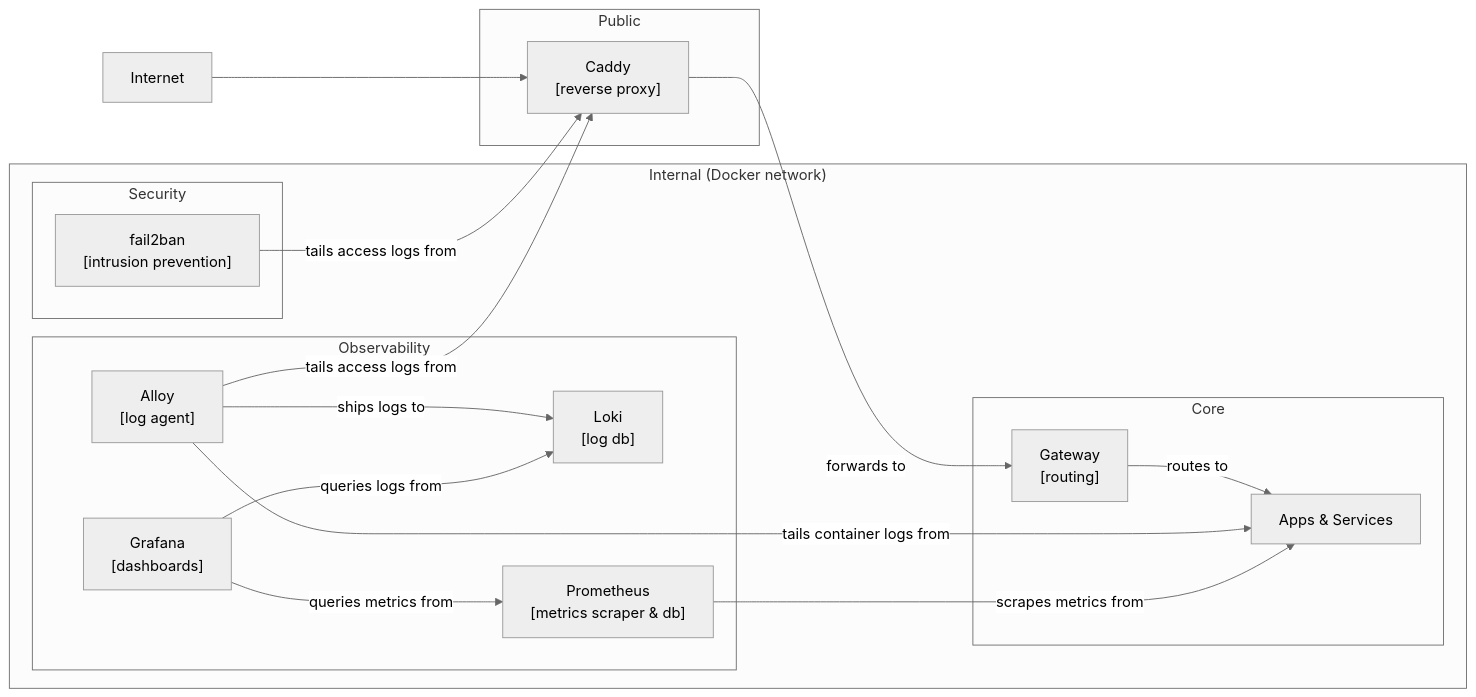
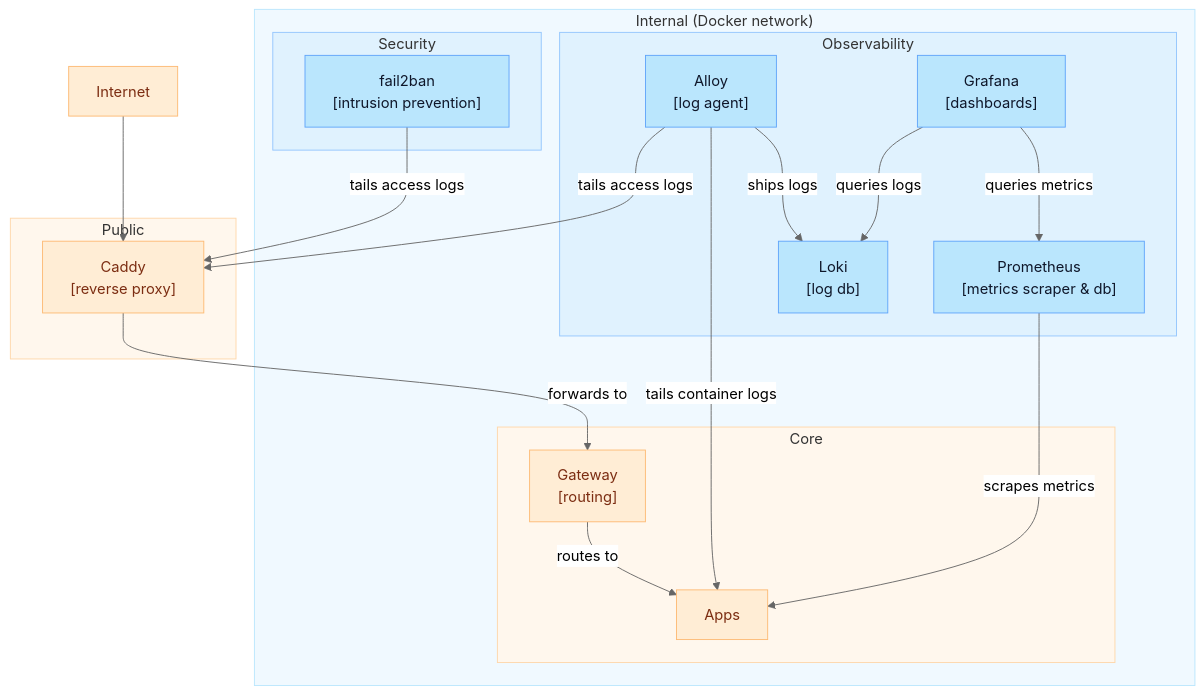
Before and after one commit to dario-mr/shipyard: the diagram in README.md, drawn with Mermaid (neutral theme).

Commit message:
tweak diagram

````diff
--- a/README.md
+++ b/README.md
@@ -29,37 +29,54 @@
 ```mermaid
-flowchart LR
+%%{ init: { "flowchart": { "nodeSpacing": 50, "rankSpacing": 50 } } }%%
+flowchart TD
     Internet["Internet"]
 
     subgraph Public["Public"]
         Caddy["Caddy<br/>[reverse proxy]"]
     end
 
     subgraph Internal["Internal (Docker network)"]
         subgraph Core["Core"]
             Gateway["Gateway<br/>[routing]"]
-            Backends["Apps & Services"]
+            Backends["Apps"]
         end
 
         subgraph Observability["Observability"]
+            Prometheus["Prometheus<br/>[metrics scraper & db]"]
             Alloy["Alloy<br/>[log agent]"]
             Loki["Loki<br/>[log db]"]
-            Prometheus["Prometheus<br/>[metrics scraper & db]"]
             Grafana["Grafana<br/>[dashboards]"]
         end
 
         subgraph Security["Security"]
             fail2ban["fail2ban<br/>[intrusion prevention]"]
         end
     end
 
+%% traffic
     Internet --> Caddy
     Caddy -->|forwards to| Gateway
     Gateway -->|routes to| Backends
-    fail2ban -->|tails access logs from| Caddy
-    Alloy -->|tails access logs from| Caddy
-    Alloy -->|tails container logs from| Backends
-    Alloy -->|ships logs to| Loki
-    Grafana -->|queries metrics from| Prometheus
-    Grafana -->|queries logs from| Loki
-    Prometheus -->|scrapes metrics from| Backends
+%% security
+    fail2ban -->|tails access logs| Caddy
+%% observability
+    Alloy -->|tails access logs| Caddy
+    Alloy -->|tails container logs| Backends
+    Alloy -->|ships logs| Loki
+    Grafana -->|queries logs| Loki
+%% metrics
+    Prometheus -->|scrapes metrics| Backends
+    Grafana -->|queries metrics| Prometheus
+%% colors
+    style Public fill: #fff7ed, stroke: #fed7aa
+    style Internal fill: #f0f9ff, stroke: #bae6fd
+    style Core fill: #fff7ed, stroke: #fed7aa
+    style Observability fill: #e0f2fe, stroke: #93c5fd
+    style Security fill: #e0f2fe, stroke: #93c5fd
+%% normal nodes
+    classDef node fill: #bae6fd, stroke: #60a5fa, color: #0f172a
+    class Prometheus,Alloy,Loki,Grafana,fail2ban node
+%% main-flow nodes
+    classDef mainFlow fill: #ffedd5, stroke: #fdba74, color: #7c2d12
+    class Internet,Caddy,Gateway,Backends mainFlow
 ```
````
